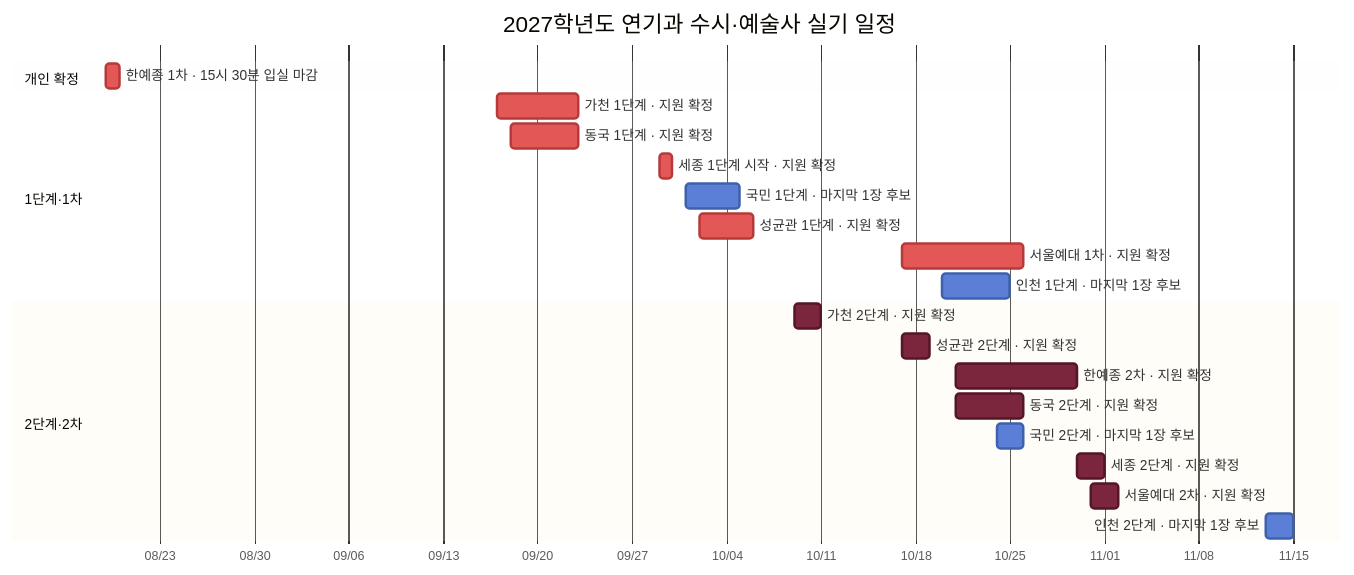
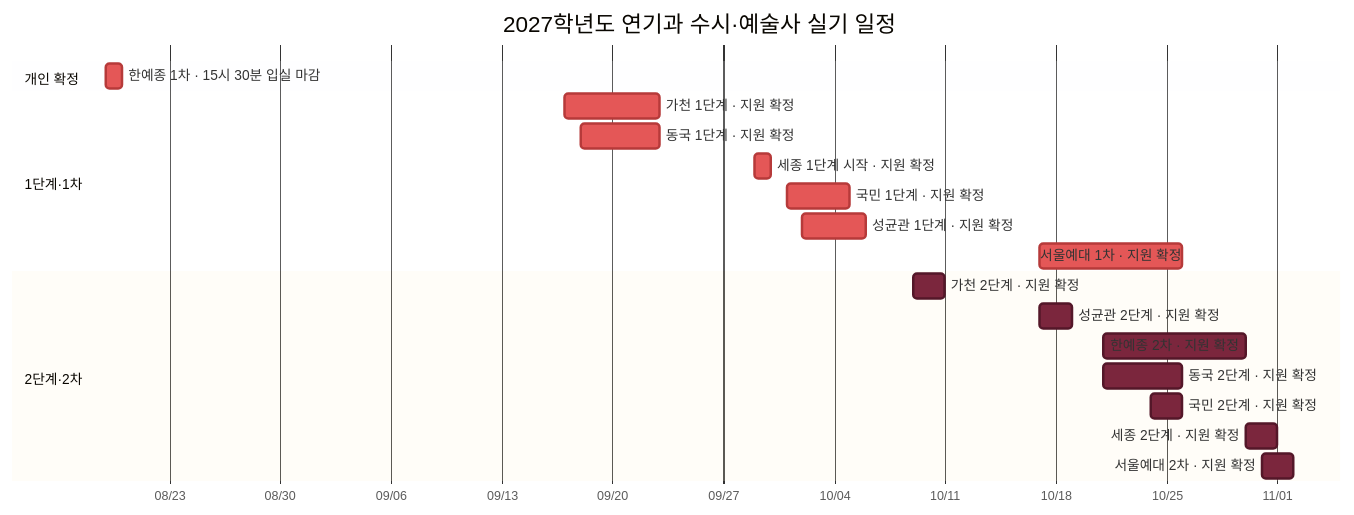
Before and after one commit to Aera0512/Base_: the diagram in 정리/입시/2027 연기과 시험 일정 그래프.md, drawn with Mermaid. The commit also changed other lines of this file and 4 other files, not shown here.

````diff
--- a/정리/입시/2027 연기과 시험 일정 그래프.md
+++ b/정리/입시/2027 연기과 시험 일정 그래프.md
@@ -39,29 +39,27 @@
 ```mermaid
 %%{init: {"theme":"base","themeVariables":{"taskBkgColor":"#5B7FD6","taskBorderColor":"#3F61AD","critBkgColor":"#E45757","critBorderColor":"#B63A3A","doneTaskBkgColor":"#7B263D","doneTaskBorderColor":"#541729","doneTaskTextColor":"#FFFFFF"}}}%%
 gantt
     title 2027학년도 연기과 수시·예술사 실기 일정
     dateFormat  YYYY-MM-DD
     axisFormat  %m/%d
 
     section 개인 확정
     한예종 1차 · 15시 30분 입실 마감 :crit, karts1, 2026-08-19, 1d
 
     section 1단계·1차
     가천 1단계 · 지원 확정         :crit, gachon1, 2026-09-17, 2026-09-23
     동국 1단계 · 지원 확정         :crit, dongguk1, 2026-09-18, 2026-09-23
     세종 1단계 시작 · 지원 확정     :crit, sejong1, 2026-09-29, 1d
-    국민 1단계 · 마지막 1장 후보    :kookmin1, 2026-10-01, 2026-10-05
+    국민 1단계 · 지원 확정          :crit, kookmin1, 2026-10-01, 2026-10-05
     성균관 1단계 · 지원 확정       :crit, skku1, 2026-10-02, 2026-10-06
     서울예대 1차 · 지원 확정        :crit, seoularts1, 2026-10-17, 2026-10-26
-    인천 1단계 · 마지막 1장 후보    :inu1, 2026-10-20, 2026-10-25
 
     section 2단계·2차
     가천 2단계 · 지원 확정         :done, gachon2, 2026-10-09, 2026-10-11
     성균관 2단계 · 지원 확정       :done, skku2, 2026-10-17, 2026-10-19
     한예종 2차 · 지원 확정         :done, karts2, 2026-10-21, 2026-10-30
     동국 2단계 · 지원 확정         :done, dongguk2, 2026-10-21, 2026-10-26
-    국민 2단계 · 마지막 1장 후보    :kookmin2, 2026-10-24, 2026-10-26
+    국민 2단계 · 지원 확정          :done, kookmin2, 2026-10-24, 2026-10-26
     세종 2단계 · 지원 확정          :done, sejong2, 2026-10-30, 2026-11-01
     서울예대 2차 · 지원 확정        :done, seoularts2, 2026-10-31, 2026-11-02
-    인천 2단계 · 마지막 1장 후보    :inu2, 2026-11-13, 2026-11-15
 ```
````
